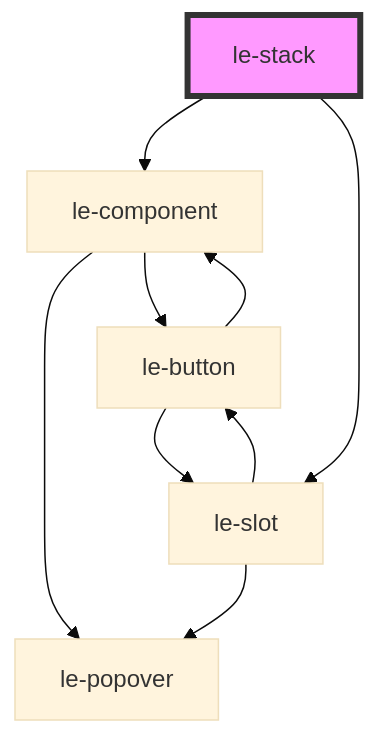
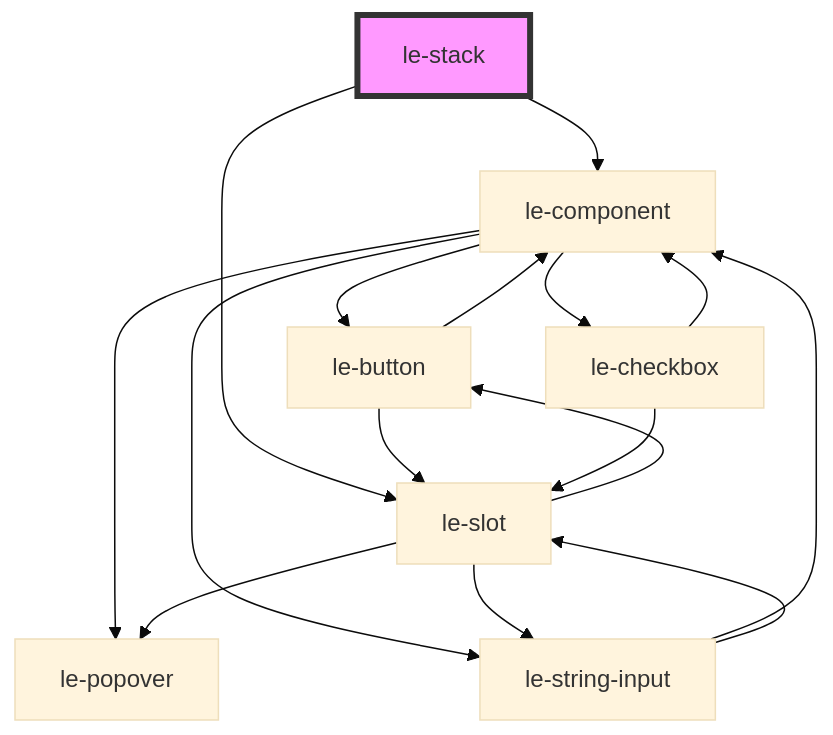
The diagram in src/components/le-stack/readme.md (leechy/le-kit), drawn with Mermaid (base theme) before and after one commit. The commit also changed 30 other files, not shown here.

````diff
--- a/src/components/le-stack/readme.md
+++ b/src/components/le-stack/readme.md
@@ -55,12 +55,19 @@
 ```mermaid
 graph TD;
   le-stack --> le-component
   le-stack --> le-slot
+  le-component --> le-button
+  le-component --> le-checkbox
+  le-component --> le-string-input
   le-component --> le-popover
-  le-component --> le-button
   le-button --> le-component
   le-button --> le-slot
   le-slot --> le-popover
   le-slot --> le-button
+  le-slot --> le-string-input
+  le-string-input --> le-component
+  le-string-input --> le-slot
+  le-checkbox --> le-component
+  le-checkbox --> le-slot
   style le-stack fill:#f9f,stroke:#333,stroke-width:4px
 ```
````
